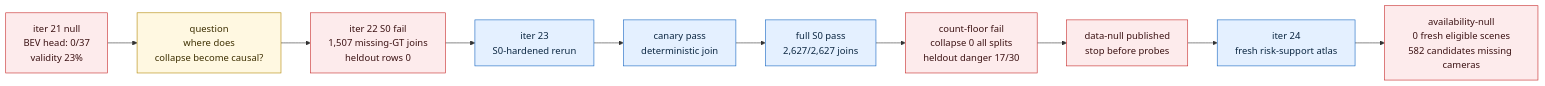
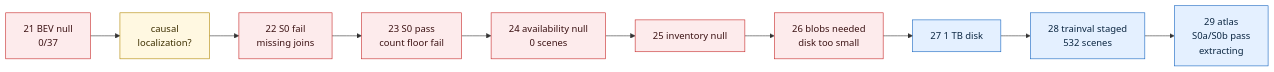
One commit to manfromnowhere143/sentinel changed the third of 5 diagrams in README.md. Above: the diagram before and after it, drawn with Mermaid. The commit also changed other lines of this file and 3 other files, not shown here.

````diff
--- a/README.md
+++ b/README.md
@@ -125,18 +125,18 @@
 ```mermaid
 flowchart LR
-  H21["iter 21 null<br/>BEV head: 0/37<br/>validity 23%"] --> Q["question<br/>where does<br/>collapse become causal?"]
-  Q --> F22["iter 22 S0 fail<br/>1,507 missing-GT joins<br/>heldout rows 0"]
-  F22 --> I23["iter 23<br/>S0-hardened rerun"]
-  I23 --> C23["canary pass<br/>deterministic join"]
-  C23 --> S23["full S0 pass<br/>2,627/2,627 joins"]
-  S23 --> L23["count-floor fail<br/>collapse 0 all splits<br/>heldout danger 17/30"]
-  L23 --> N23["data-null published<br/>stop before probes"]
-  N23 --> A24["iter 24<br/>fresh risk-support atlas"]
-  A24 --> Z24["availability-null<br/>0 fresh eligible scenes<br/>582 candidates missing cameras"]
+  H21["21 BEV null<br/>0/37"] --> Q["causal<br/>localization?"]
+  Q --> F22["22 S0 fail<br/>missing joins"]
+  F22 --> S23["23 S0 pass<br/>count floor fail"]
+  S23 --> A24["24 availability null<br/>0 scenes"]
+  A24 --> I25["25 inventory null"]
+  I25 --> R26["26 blobs needed<br/>disk too small"]
+  R26 --> D27["27 1 TB disk"]
+  D27 --> S28["28 trainval staged<br/>532 scenes"]
+  S28 --> A29["29 atlas<br/>S0a/S0b pass<br/>extracting"]
   classDef bad fill:#fdebec,stroke:#c62828,color:#3b1213;
   classDef ask fill:#fff8e1,stroke:#b28704,color:#3d2f00;
   classDef active fill:#e4f0ff,stroke:#1565c0,color:#0c2742;
-  class H21,F22,L23,N23,Z24 bad;
+  class H21,F22,S23,A24,I25,R26 bad;
   class Q ask;
-  class I23,C23,S23,A24 active;
+  class D27,S28,A29 active;
 ```
````
